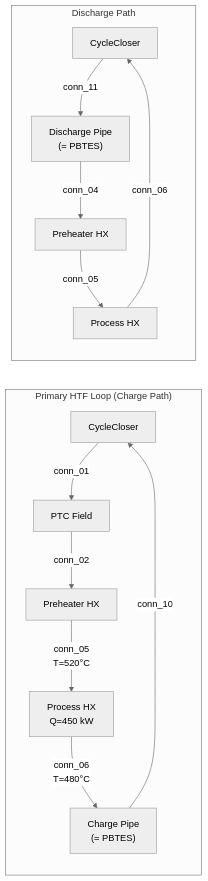
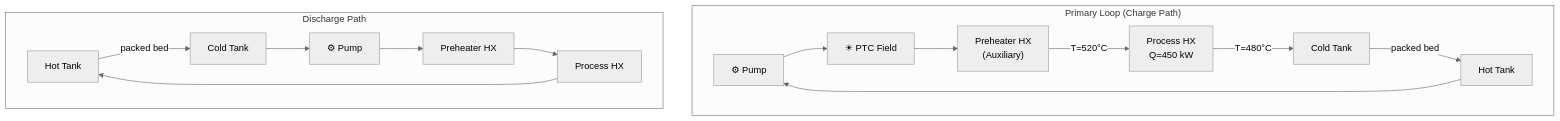
The fourth of 17 diagrams in insumos paper/PLANT_LAYOUTS_AND_MODES.md (iwolde/pbtes-sim), drawn with Mermaid (neutral theme) before and after one commit. The commit also changed other lines of this file and 1 other file, not shown here.

Commit message:
docs: Rewrite plant layouts with corrected Mode 5, 2-tank direct, pumps

````diff
--- a/insumos paper/PLANT_LAYOUTS_AND_MODES.md
+++ b/insumos paper/PLANT_LAYOUTS_AND_MODES.md
@@ -198,17 +228,19 @@
 ```mermaid
-graph LR
-    subgraph "Primary HTF Loop (Charge Path)"
-        CC["CycleCloser"] -->|conn_01| PTC["PTC Field"]
-        PTC -->|conn_02| PH["Preheater HX"]
-        PH -->|conn_05<br/>T=520°C| PR["Process HX<br/>Q=450 kW"]
-        PR -->|conn_06<br/>T=480°C| PIPE_C["Charge Pipe<br/>(= PBTES)"]
-        PIPE_C -->|conn_10| CC
+graph TD
+    subgraph "Primary Loop (Charge Path)"
+        P1["⚙ Pump"] --> PTC["☀ PTC Field"]
+        PTC --> PH["Preheater HX<br/>(Auxiliary)"]
+        PH -->|"T=520°C"| PR["Process HX<br/>Q=450 kW"]
+        PR -->|"T=480°C"| CT["Cold Tank"]
+        CT -->|"packed bed"| HT["Hot Tank"]
+        HT --> P1
     end
 
     subgraph "Discharge Path"
-        CC2["CycleCloser"] -->|conn_11| PIPE_D["Discharge Pipe<br/>(= PBTES)"]
-        PIPE_D -->|conn_04| PH2["Preheater HX"]
-        PH2 -->|conn_05| PR2["Process HX"]
-        PR2 -->|conn_06| CC2
+        HT2["Hot Tank"] -->|"packed bed"| CT2["Cold Tank"]
+        CT2 --> P1D["⚙ Pump"]
+        P1D --> PH2["Preheater HX"]
+        PH2 --> PR2["Process HX"]
+        PR2 --> HT2
     end
 ```
````
